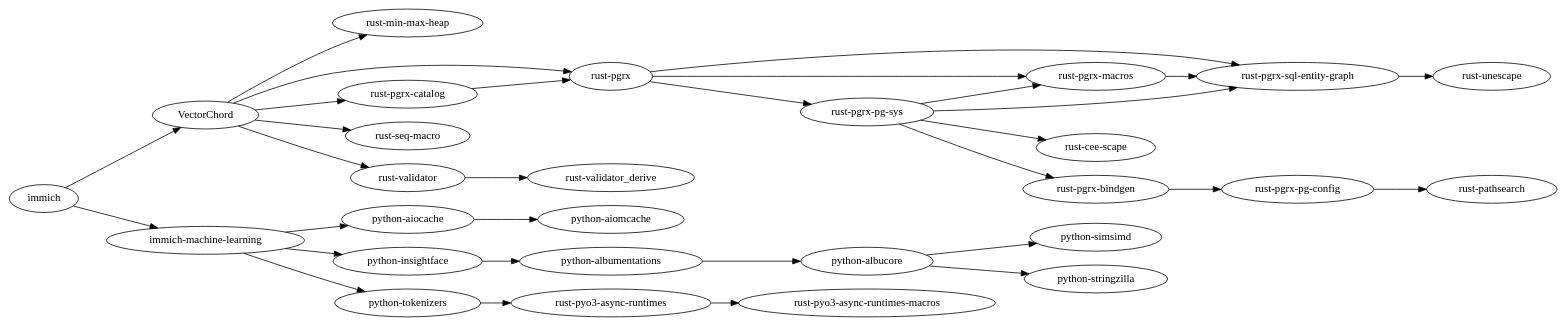
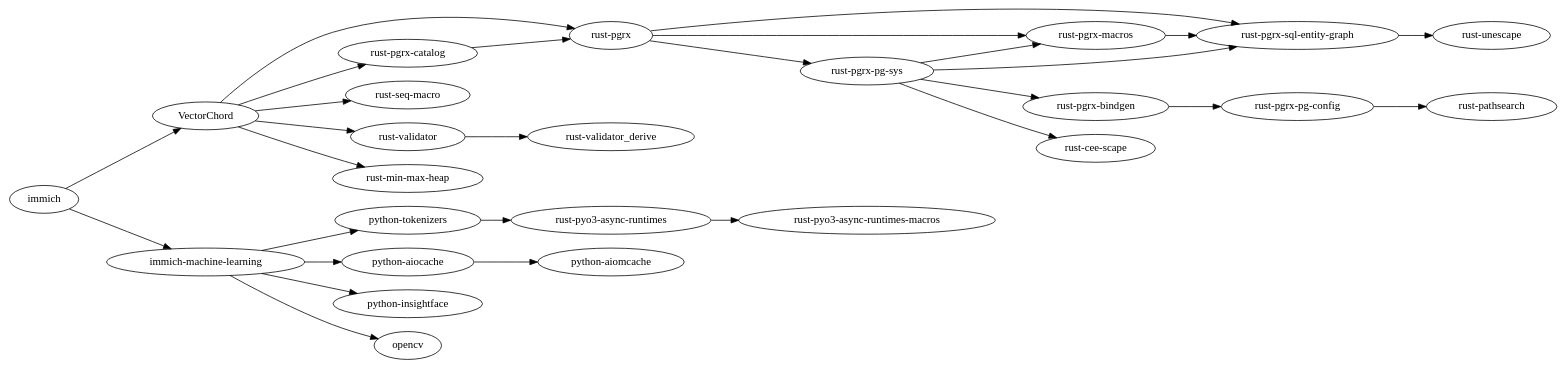
The diagram in package_tree.dot (mbooth101/immich-rpm), drawn with Graphviz before and after one commit. The commit also changed 2 other files, not shown here.

Commit message:
Rebuild immich-machine-learning against new python-insightface
Fix config file installation

```diff
--- a/package_tree.dot
+++ b/package_tree.dot
@@ -1,33 +1,30 @@
 digraph deps {
 rankdir="LR";
 "VectorChord" -> "rust-min-max-heap";
 "VectorChord" -> "rust-pgrx";
 "VectorChord" -> "rust-pgrx-catalog";
 "VectorChord" -> "rust-seq-macro";
 "VectorChord" -> "rust-validator";
 "rust-pgrx" -> "rust-pgrx-macros";
 "rust-pgrx" -> "rust-pgrx-pg-sys";
 "rust-pgrx" -> "rust-pgrx-sql-entity-graph";
 "rust-pgrx-catalog" -> "rust-pgrx";
 "rust-validator" -> "rust-validator_derive";
 "immich" -> "VectorChord";
 "immich" -> "immich-machine-learning";
 "immich-machine-learning" -> "python-aiocache";
 "immich-machine-learning" -> "python-insightface";
+"immich-machine-learning" -> "opencv";
 "immich-machine-learning" -> "python-tokenizers";
 "python-aiocache" -> "python-aiomcache";
-"python-insightface" -> "python-albumentations";
 "python-tokenizers" -> "rust-pyo3-async-runtimes";
-"python-albucore" -> "python-simsimd";
-"python-albucore" -> "python-stringzilla";
-"python-albumentations" -> "python-albucore";
 "rust-pyo3-async-runtimes" -> "rust-pyo3-async-runtimes-macros";
 "rust-pgrx-macros" -> "rust-pgrx-sql-entity-graph";
 "rust-pgrx-pg-sys" -> "rust-cee-scape";
 "rust-pgrx-pg-sys" -> "rust-pgrx-bindgen";
 "rust-pgrx-pg-sys" -> "rust-pgrx-macros";
 "rust-pgrx-pg-sys" -> "rust-pgrx-sql-entity-graph";
 "rust-pgrx-sql-entity-graph" -> "rust-unescape";
 "rust-pgrx-bindgen" -> "rust-pgrx-pg-config";
 "rust-pgrx-pg-config" -> "rust-pathsearch";
 }
```
